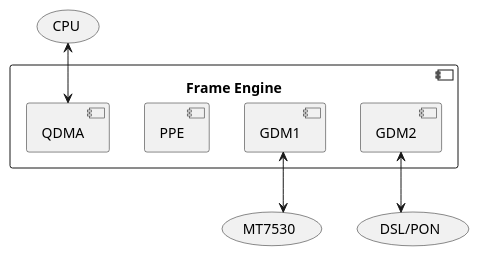
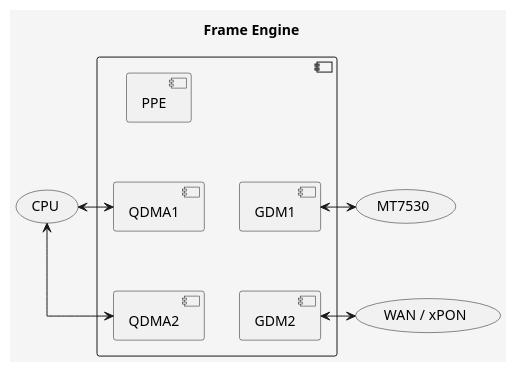
Before and after one commit to cjdelisle/econet-linux-wiki: the diagram in hardware/EN751221/frame-engine.md, drawn with PlantUML. The commit also changed other lines of this file, not shown here.

Commit message:
docs: update hardware/EN751221/frame-engine

````diff
--- a/hardware/EN751221/frame-engine.md
+++ b/hardware/EN751221/frame-engine.md
@@ -17,17 +17,27 @@
 ```plantuml
 @startuml FrameEngine
 skinparam linetype ortho
+skinparam backgroundColor #f5f5f5
+title "Frame Engine"
 
-component "Frame Engine" as Application {
+component {
+    component QDMA1
+    component QDMA2
     component GDM1
     component GDM2
     component PPE
-    component QDMA
-    
 }
-QDMA <-up-> (CPU)
-GDM1 <-down-> (MT7530)
-GDM2 <-down-> (DSL/PON)
+
+QDMA1 <-left-> (CPU)
+QDMA2 <-left-> (CPU)
+QDMA1 -[hidden]down-> QDMA2
+
+QDMA1 -[hidden]right-> GDM1
+QDMA2 -[hidden]right-> GDM2
+QDMA1 -[hidden]up-> PPE
+
+GDM1 <-right-> (MT7530)
+GDM2 <-right-> (WAN / xPON)
 @enduml
 
 ```
````
